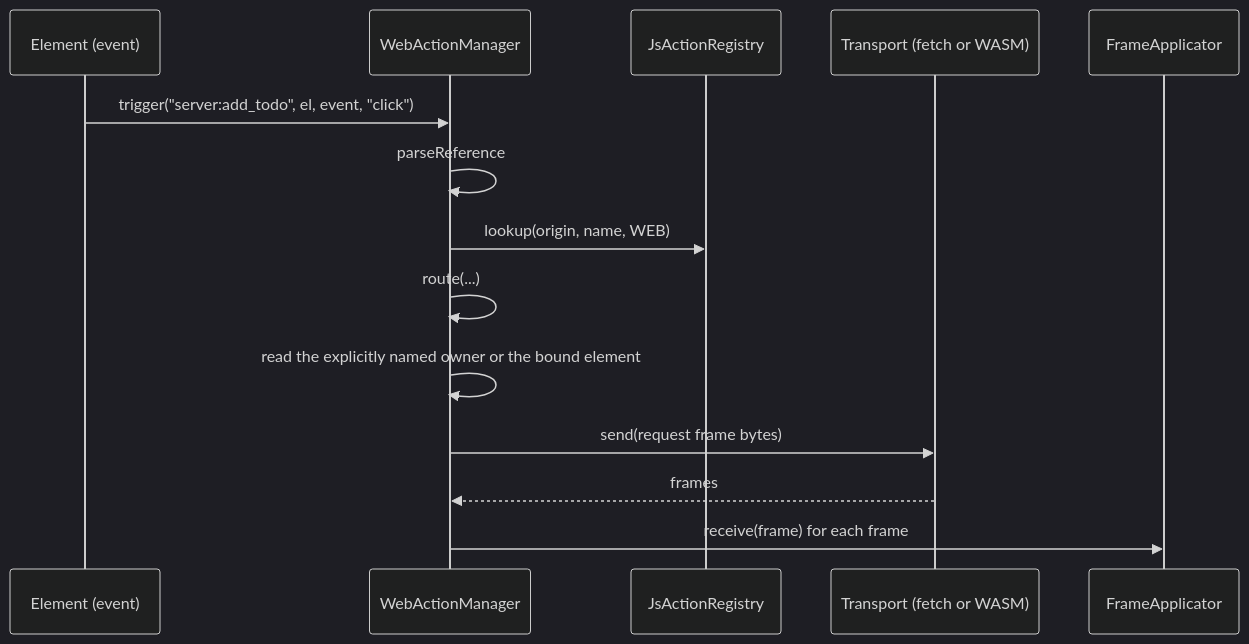
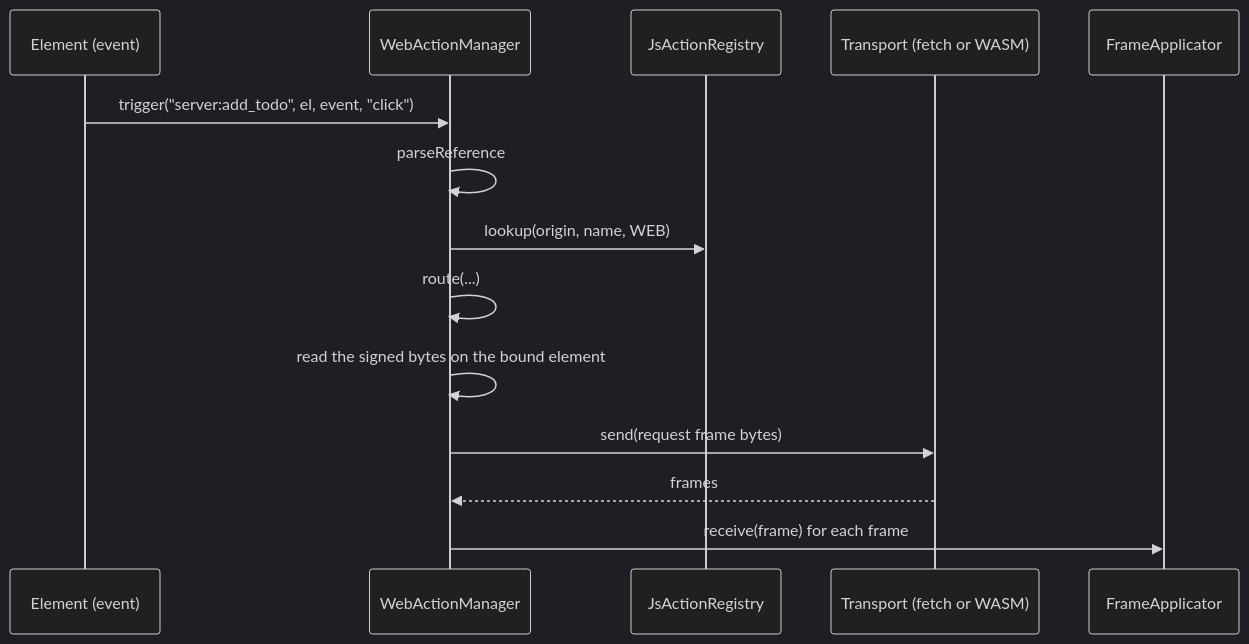
Before and after one commit to ewe-studios/ewe_platform: the diagram in specifications/69-foundation-ui-v2/features/10-web-action-manager/feature.md, drawn with Mermaid (dark theme). The commit also changed other lines of this file and 9 other files, not shown here.

````diff
--- a/specifications/69-foundation-ui-v2/features/10-web-action-manager/feature.md
+++ b/specifications/69-foundation-ui-v2/features/10-web-action-manager/feature.md
@@ -431,16 +432,16 @@
 ```mermaid
 sequenceDiagram
     participant E as Element (event)
     participant M as WebActionManager
     participant R as JsActionRegistry
     participant T as Transport (fetch or WASM)
     participant F as FrameApplicator
     E->>M: trigger("server:add_todo", el, event, "click")
     M->>M: parseReference
     M->>R: lookup(origin, name, WEB)
     M->>M: route(...)
-    M->>M: read the explicitly named owner or the bound element
+    M->>M: read the signed bytes on the bound element
     M->>T: send(request frame bytes)
     T-->>M: frames
     M->>F: receive(frame) for each frame
 ```
````
